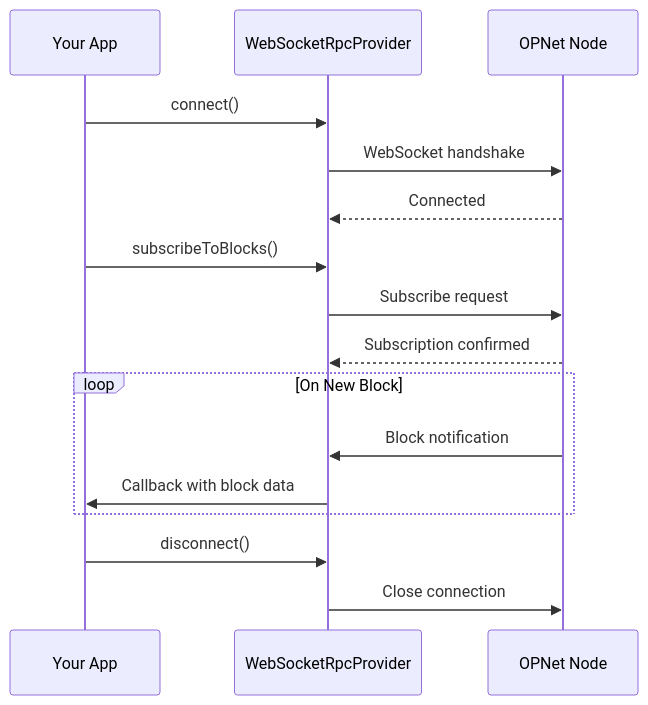
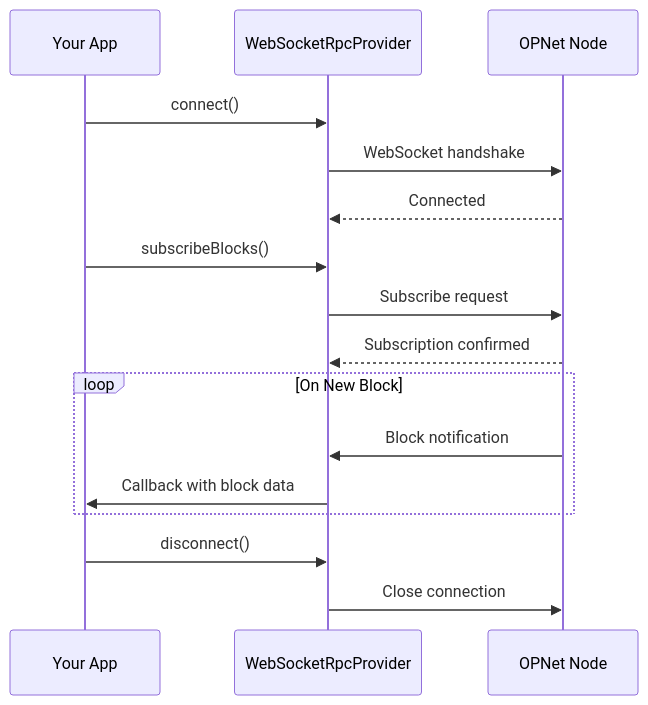
One commit to btc-vision/opnet changed the diagram in docs/providers/websocket-provider.md. Above: the diagram before and after it, drawn with Mermaid. The commit also changed other lines of this file and 71 other files, not shown here.

````diff
--- a/docs/providers/websocket-provider.md
+++ b/docs/providers/websocket-provider.md
@@ -7,22 +7,22 @@
 ```mermaid
 sequenceDiagram
     participant App as Your App
     participant Provider as WebSocketRpcProvider
     participant Node as OPNet Node
 
     App->>Provider: connect()
     Provider->>Node: WebSocket handshake
     Node-->>Provider: Connected
 
-    App->>Provider: subscribeToBlocks()
+    App->>Provider: subscribeBlocks()
     Provider->>Node: Subscribe request
     Node-->>Provider: Subscription confirmed
 
     loop On New Block
         Node->>Provider: Block notification
         Provider->>App: Callback with block data
     end
 
     App->>Provider: disconnect()
     Provider->>Node: Close connection
 ```
````
